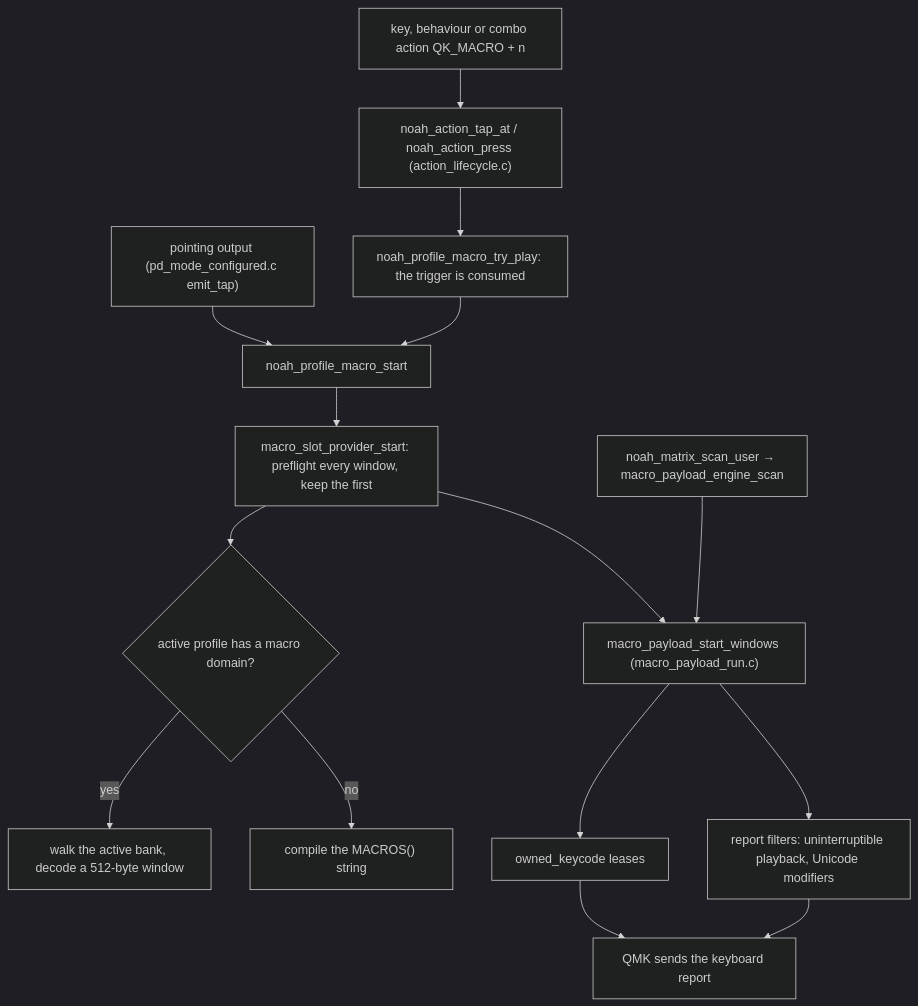
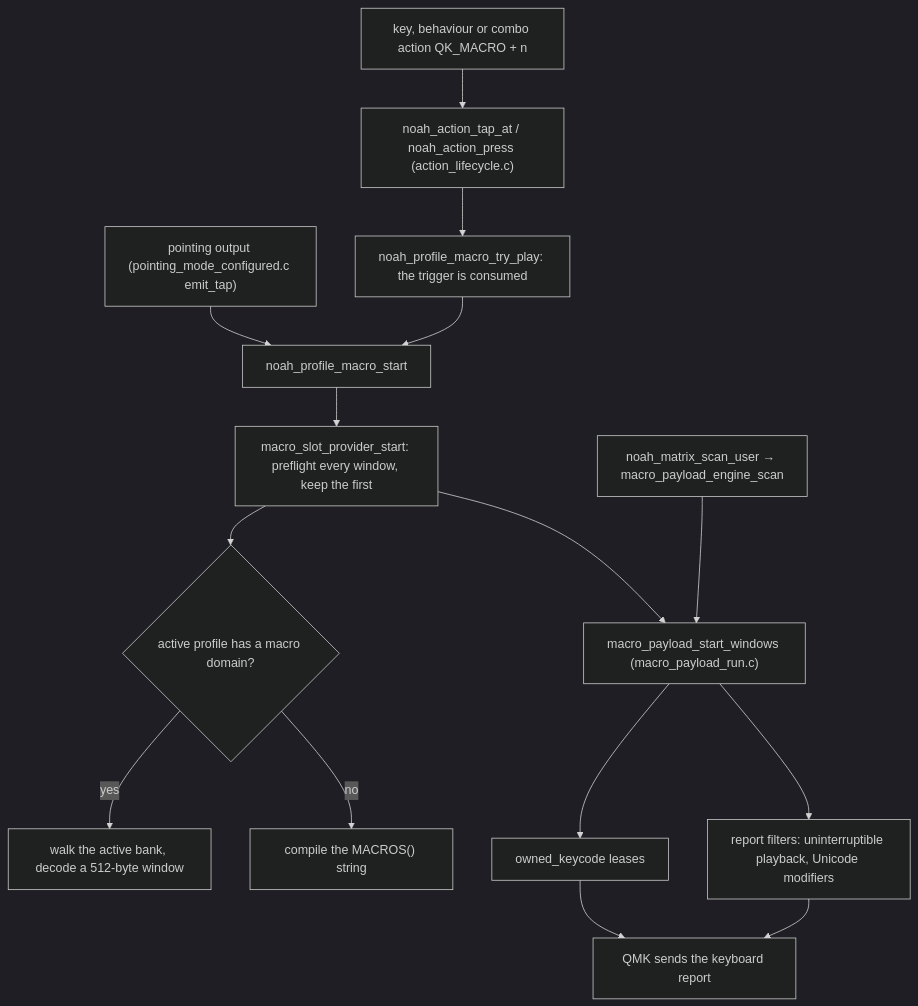
Before and after one commit to NoahCLR/charybdis-4x6: the diagram in docs/architecture/macro-playback.md, drawn with Mermaid (dark theme). The commit also changed other lines of this file and 395 other files, not shown here.

First line of the commit message:
Say pointing mode, master and slave half, saved and active profile

````diff
--- a/docs/architecture/macro-playback.md
+++ b/docs/architecture/macro-playback.md
@@ -18,17 +18,17 @@
 ```mermaid
 flowchart TD
     key["key, behaviour or combo action QK_MACRO + n"] --> lifecycle["noah_action_tap_at / noah_action_press (action_lifecycle.c)"]
     lifecycle --> try["noah_profile_macro_try_play: the trigger is consumed"]
-    pointing["pointing output (pd_mode_configured.c emit_tap)"] --> start["noah_profile_macro_start"]
+    pointing["pointing output (pointing_mode_configured.c emit_tap)"] --> start["noah_profile_macro_start"]
     try --> start
     start --> provider["macro_slot_provider_start: preflight every window, keep the first"]
     provider --> source{"active profile has a macro domain?"}
     source -->|yes| bank["walk the active bank, decode a 512-byte window"]
     source -->|no| authored["compile the MACROS() string"]
     provider --> engine["macro_payload_start_windows (macro_payload_run.c)"]
     scan["noah_matrix_scan_user → macro_payload_engine_scan"] --> engine
     engine --> leases["owned_keycode leases"]
     engine --> filter["report filters: uninterruptible playback, Unicode modifiers"]
     leases --> report["QMK sends the keyboard report"]
     filter --> report
 ```
````
